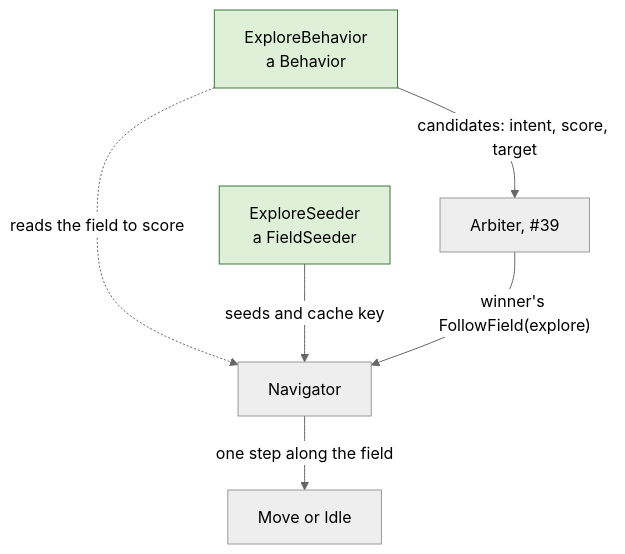
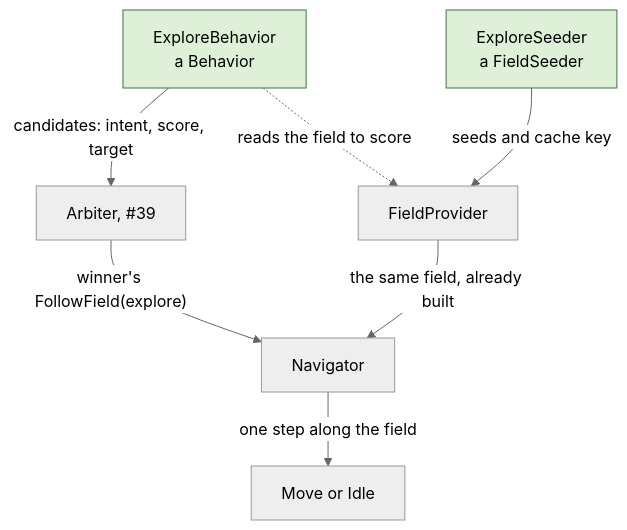
The second of 2 diagrams in docs/robot-memory-and-navigation.md (TychoGrapendaal/JIP_Swarm_Field), drawn with Mermaid (neutral theme) before and after one commit. The commit also changed other lines of this file and 5 other files, not shown here.

First line of the commit message:
Document the split between the field provider and the navigator (#38)

````diff
--- a/docs/robot-memory-and-navigation.md
+++ b/docs/robot-memory-and-navigation.md
@@ -94,17 +100,19 @@
 ```mermaid
 flowchart TB
     BEH["ExploreBehavior<br/>a Behavior"]
     SEED["ExploreSeeder<br/>a FieldSeeder"]
     ARB["Arbiter, #39"]
+    FP["FieldProvider"]
     NAV["Navigator"]
     STEP["Move or Idle"]
 
     BEH -- "candidates: intent, score, target" --> ARB
-    BEH -. "reads the field to score" .-> NAV
-    SEED -- "seeds and cache key" --> NAV
+    BEH -. "reads the field to score" .-> FP
+    SEED -- "seeds and cache key" --> FP
     ARB -- "winner's FollowField(explore)" --> NAV
+    FP -- "the same field, already built" --> NAV
     NAV -- "one step along the field" --> STEP
 
     classDef perBehaviour fill:#dff0d8,stroke:#3c763d,color:#000
     class BEH,SEED perBehaviour
 ```
````
